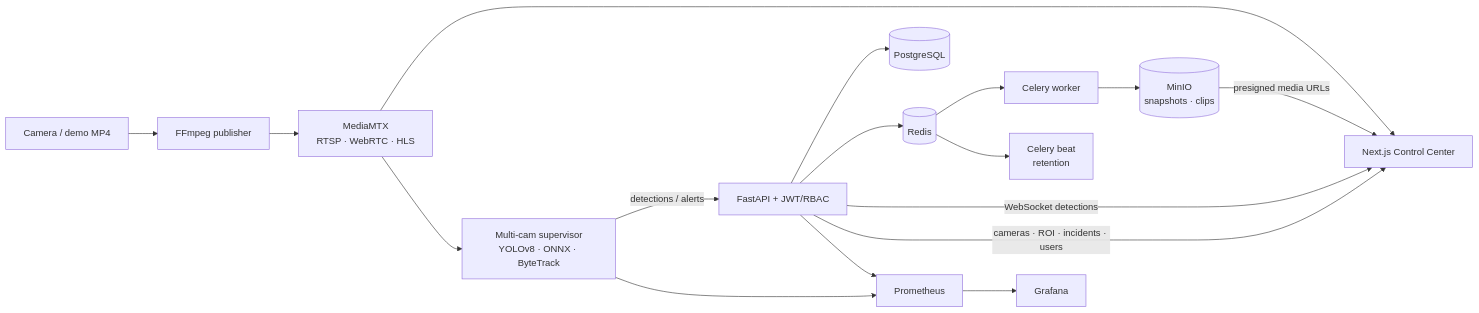
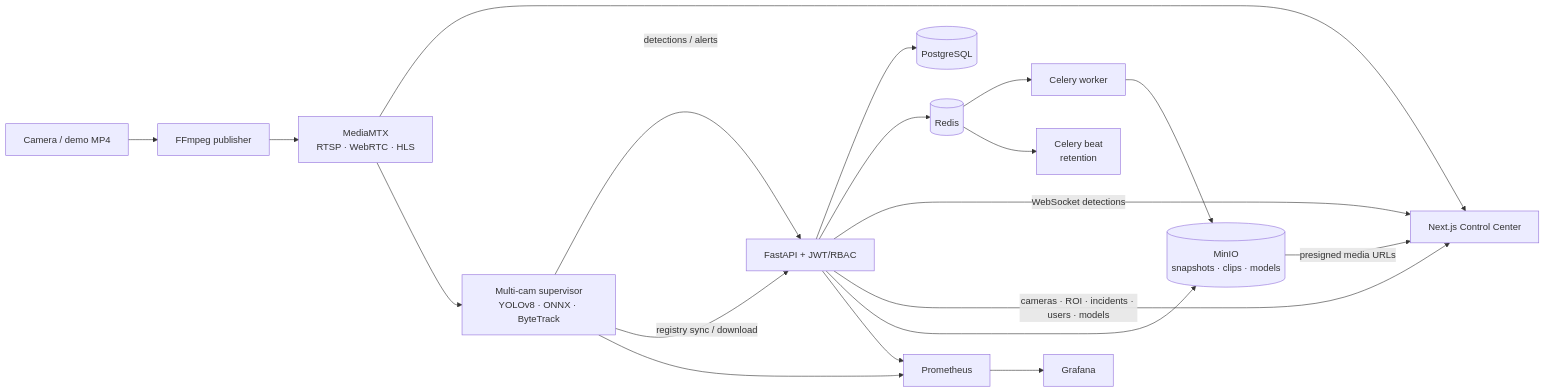
The diagram in README.md (AyoubElKharraf/VisionOps-AI), drawn with Mermaid before and after one commit. The commit also changed other lines of this file, not shown here.

Commit message:
docs: align README with registry, eval, and monitor UX

````diff
--- a/README.md
+++ b/README.md
@@ -86,20 +90,22 @@
 ```mermaid
 flowchart LR
     Source[Camera / demo MP4] --> Publisher[FFmpeg publisher]
     Publisher --> MediaMTX[MediaMTX<br/>RTSP · WebRTC · HLS]
     MediaMTX --> Browser[Next.js Control Center]
     MediaMTX --> Engine[Multi-cam supervisor<br/>YOLOv8 · ONNX · ByteTrack]
 
     Engine -->|detections / alerts| API[FastAPI + JWT/RBAC]
     API --> Postgres[(PostgreSQL)]
     API --> Redis[(Redis)]
     Redis --> Worker[Celery worker]
     Redis --> Beat[Celery beat<br/>retention]
-    Worker --> MinIO[(MinIO<br/>snapshots · clips)]
+    Worker --> MinIO[(MinIO<br/>snapshots · clips · models)]
     API -->|WebSocket detections| Browser
-    API -->|cameras · ROI · incidents · users| Browser
+    API -->|cameras · ROI · incidents · users · models| Browser
     MinIO -->|presigned media URLs| Browser
+    Engine -->|registry sync / download| API
+    API --> MinIO
     API --> Prom[Prometheus]
     Engine --> Prom
     Prom --> Grafana[Grafana]
 ```
````
